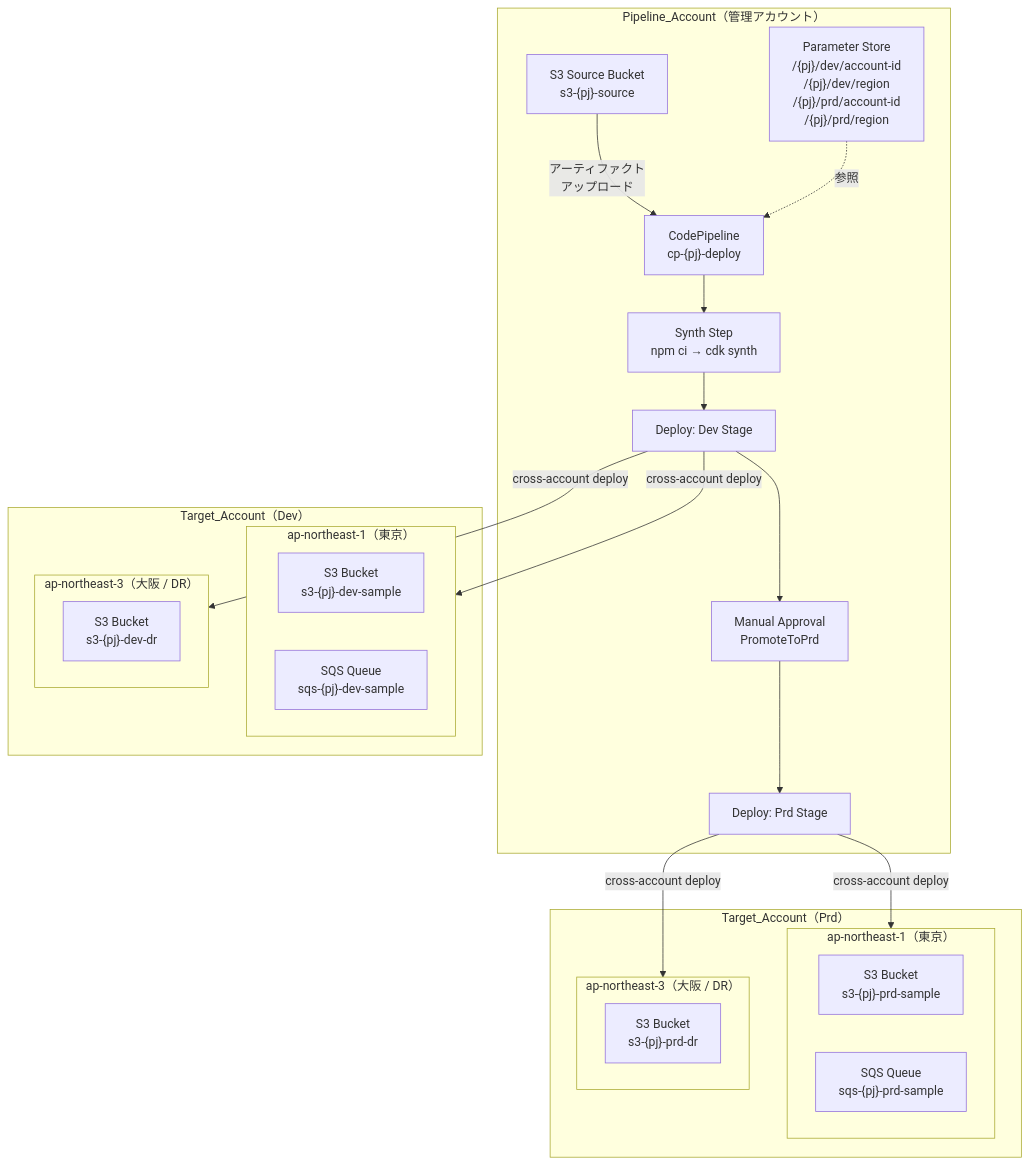
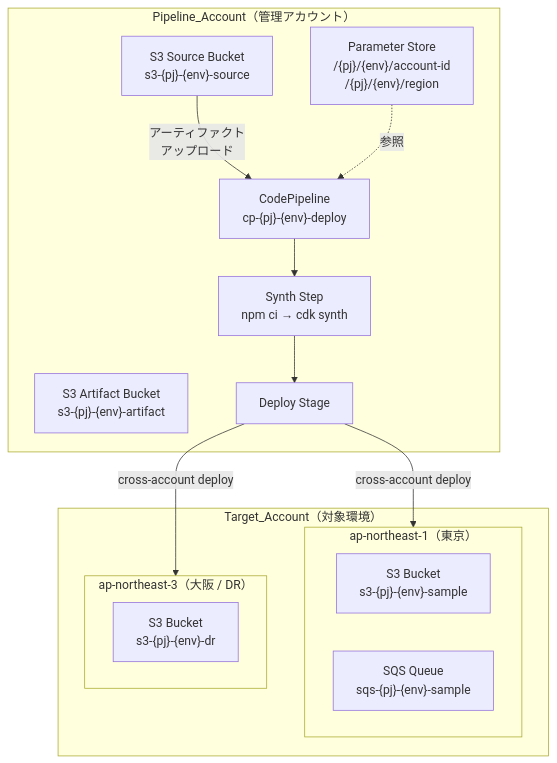
The first of 3 diagrams in .kiro/specs/cdk-pipeline-sample/design.md (m-kotaro/cdk-pipeline-002), drawn with Mermaid before and after one commit. The commit also changed other lines of this file and 6 other files, not shown here.

````diff
--- a/.kiro/specs/cdk-pipeline-sample/design.md
+++ b/.kiro/specs/cdk-pipeline-sample/design.md
@@ -15,43 +17,28 @@
 ```mermaid
 graph TB
     subgraph Pipeline_Account["Pipeline_Account（管理アカウント）"]
-        S3Source["S3 Source Bucket<br/>s3-{pj}-source"]
-        SSM["Parameter Store<br/>/{pj}/dev/account-id<br/>/{pj}/dev/region<br/>/{pj}/prd/account-id<br/>/{pj}/prd/region"]
-        CP["CodePipeline<br/>cp-{pj}-deploy"]
+        S3Source["S3 Source Bucket<br/>s3-{pj}-{env}-source"]
+        S3Artifact["S3 Artifact Bucket<br/>s3-{pj}-{env}-artifact"]
+        SSM["Parameter Store<br/>/{pj}/{env}/account-id<br/>/{pj}/{env}/region"]
+        CP["CodePipeline<br/>cp-{pj}-{env}-deploy"]
         Synth["Synth Step<br/>npm ci → cdk synth"]
-        DevDeploy["Deploy: Dev Stage"]
-        Approval["Manual Approval<br/>PromoteToPrd"]
-        PrdDeploy["Deploy: Prd Stage"]
+        Deploy["Deploy Stage"]
     end
 
-    subgraph Dev_Account["Target_Account（Dev）"]
-        subgraph Dev_Tokyo["ap-northeast-1（東京）"]
-            DevS3["S3 Bucket<br/>s3-{pj}-dev-sample"]
-            DevSQS["SQS Queue<br/>sqs-{pj}-dev-sample"]
+    subgraph Target_Account["Target_Account（対象環境）"]
+        subgraph Tokyo["ap-northeast-1（東京）"]
+            S3Sample["S3 Bucket<br/>s3-{pj}-{env}-sample"]
+            SQSSample["SQS Queue<br/>sqs-{pj}-{env}-sample"]
         end
-        subgraph Dev_Osaka["ap-northeast-3（大阪 / DR）"]
-            DevDrS3["S3 Bucket<br/>s3-{pj}-dev-dr"]
-        end
-    end
-
-    subgraph Prd_Account["Target_Account（Prd）"]
-        subgraph Prd_Tokyo["ap-northeast-1（東京）"]
-            PrdS3["S3 Bucket<br/>s3-{pj}-prd-sample"]
-            PrdSQS["SQS Queue<br/>sqs-{pj}-prd-sample"]
-        end
-        subgraph Prd_Osaka["ap-northeast-3（大阪 / DR）"]
-            PrdDrS3["S3 Bucket<br/>s3-{pj}-prd-dr"]
+        subgraph Osaka["ap-northeast-3（大阪 / DR）"]
+            DrS3["S3 Bucket<br/>s3-{pj}-{env}-dr"]
         end
     end
 
     S3Source -->|"アーティファクト<br/>アップロード"| CP
     CP --> Synth
-    Synth --> DevDeploy
-    DevDeploy -->|"cross-account deploy"| Dev_Tokyo
-    DevDeploy -->|"cross-account deploy"| Dev_Osaka
-    DevDeploy --> Approval
-    Approval --> PrdDeploy
-    PrdDeploy -->|"cross-account deploy"| Prd_Tokyo
-    PrdDeploy -->|"cross-account deploy"| Prd_Osaka
+    Synth --> Deploy
+    Deploy -->|"cross-account deploy"| Tokyo
+    Deploy -->|"cross-account deploy"| Osaka
     SSM -.->|"参照"| CP
 ```
````
